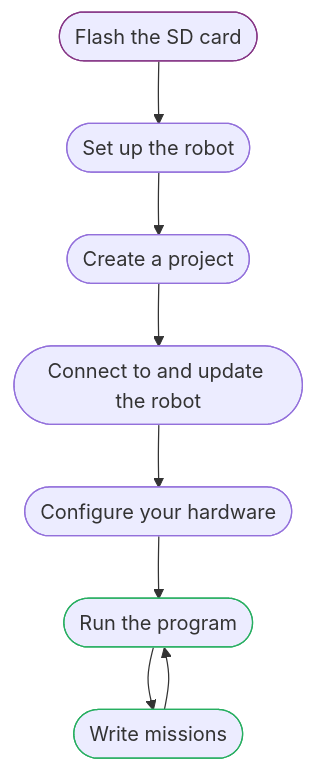
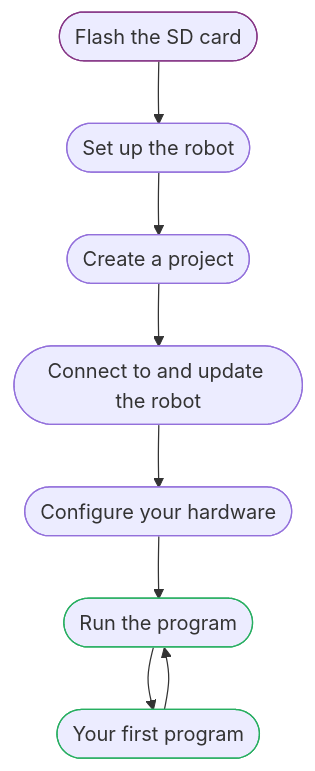
One commit to htl-stp-ecer/documentation changed the diagram in content/00-getting-started/_index.md. Above: the diagram before and after it, drawn with Mermaid. The commit also changed other lines of this file and 138 other files, not shown here.

First line of the commit message:
docs: restructure programming guide

````diff
--- a/content/00-getting-started/_index.md
+++ b/content/00-getting-started/_index.md
@@ -16,22 +16,22 @@
 ```mermaid
 flowchart TD
     A([Flash the SD card]) --> B([Set up the robot])
     B --> C([Create a project])
     C --> D([Connect to and update the robot])
     D --> E([Configure your hardware])
     E --> F([Run the program])
-    F --> G([Write missions])
+    F --> G([Your first program])
     G --> F
 
     click A "/00-getting-started/01-flash-the-sd-card/"
     click B "/00-getting-started/02-set-up-the-robot/"
     click C "/00-getting-started/03-create-a-project/"
     click D "/00-getting-started/04-connect-and-update/"
     click E "/00-getting-started/05-configure-your-hardware/"
     click F "/00-getting-started/06-run-the-program/"
-    click G "/01-programming-guide/01-basics/06-missions/"
+    click G "/00-getting-started/07-your-first-program/"
 
     style A stroke:#853585
     style F stroke:#27ae60
     style G stroke:#27ae60
 ```
````
